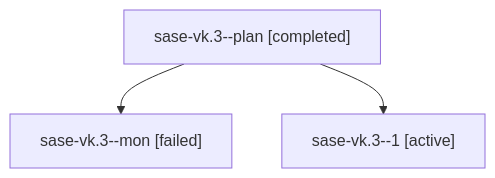
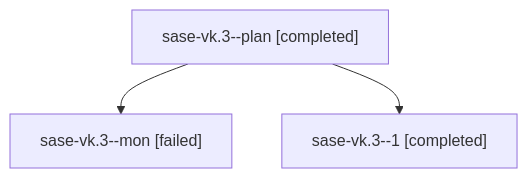
The diagram in families/bbugyi200.athena.sase-vk.3.md (sase-org/sase--agents), drawn with Mermaid before and after one commit. The commit also changed other lines of this file and 23 other files, not shown here.

````diff
--- a/families/bbugyi200.athena.sase-vk.3.md
+++ b/families/bbugyi200.athena.sase-vk.3.md
@@ -9,8 +9,8 @@
 ```mermaid
 flowchart TD
   n0["sase-vk.3--plan [completed]"]
   n1["sase-vk.3--mon [failed]"]
   n0 --> n1
-  n2["sase-vk.3--1 [active]"]
+  n2["sase-vk.3--1 [completed]"]
   n0 --> n2
 ```
````
